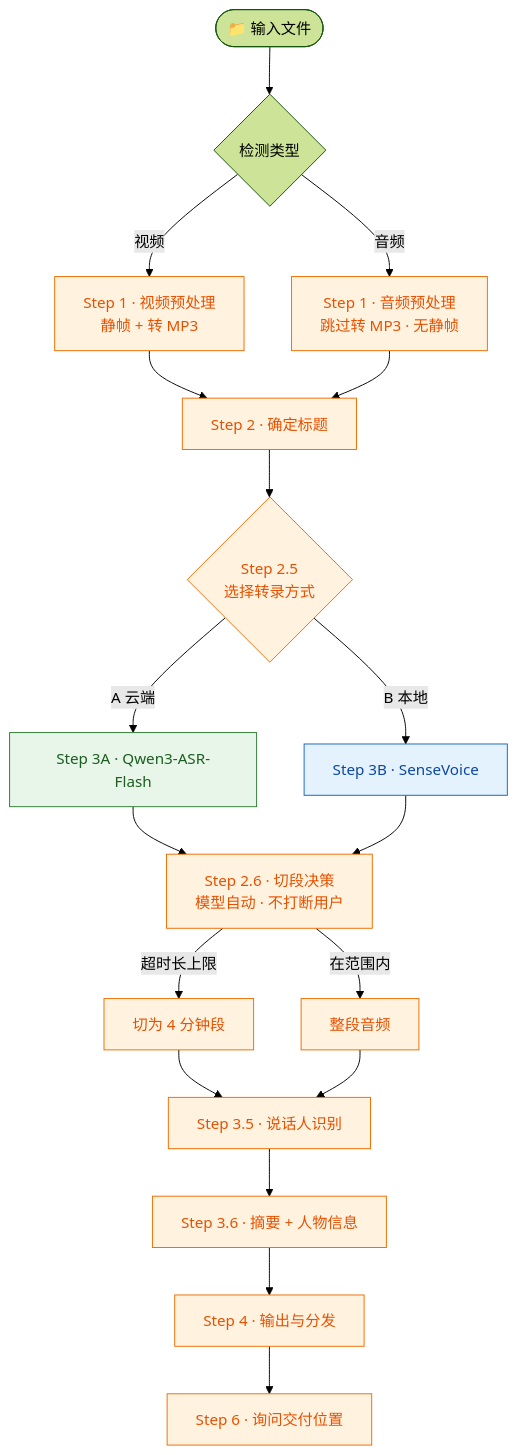
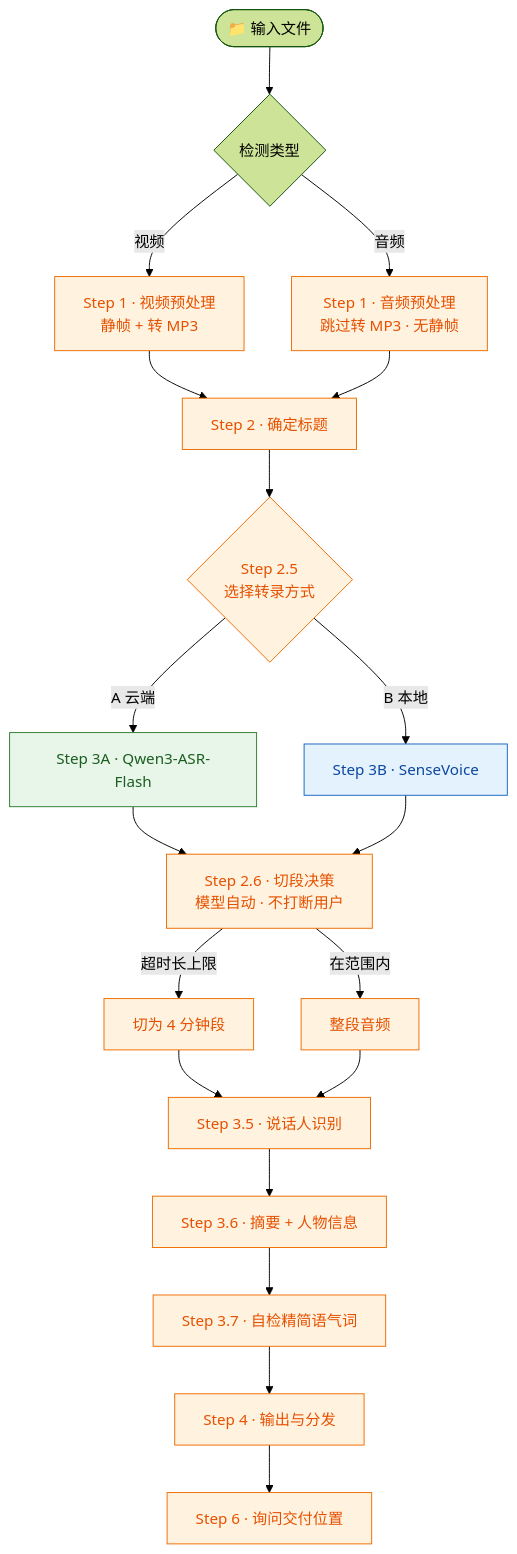
One commit to torylyj/interview-transcriber changed the diagram in README.md. Above: the diagram before and after it, drawn with Mermaid (forest theme). The commit also changed other lines of this file and 1 other file, not shown here.

Commit message:
feat: 新增 Step 3.7 自检精简口语语气词
- 文档生成后 Agent 自行通读采访记录，适度删除语气词/填充词（嗯啊那个就是然后堆叠等）
- 严格原则：稍微减少一点、只删明显冗余、不改句子结构/用词/原意、保留时间码与说话人标签、不动摘要与人物信息
- 附可删词表与示例，明确执行方式（读回原文件 + 简要告知用户）
- SKILL.md 描述/概述/注意事项同步；README 工作流图加 Step 3.7 节点 + 功能表 + 使用说明 + 更新日志

````diff
--- a/README.md
+++ b/README.md
@@ -151,29 +152,30 @@
 ```mermaid
 flowchart TD
     IN([📁 输入文件]) --> DET{检测类型}
     DET -->|视频| S1v[Step 1 · 视频预处理<br/>静帧 + 转 MP3]
     DET -->|音频| S1a[Step 1 · 音频预处理<br/>跳过转 MP3 · 无静帧]
     S1v --> S2[Step 2 · 确定标题]
     S1a --> S2
     S2 --> S25{Step 2.5<br/>选择转录方式}
     S25 -->|A 云端| S3A[Step 3A · Qwen3-ASR-Flash]
     S25 -->|B 本地| S3B[Step 3B · SenseVoice]
     S3A --> S26
     S3B --> S26
     S26[Step 2.6 · 切段决策<br/>模型自动 · 不打断用户]
     S26 -->|超时长上限| SEG[切为 4 分钟段]
     S26 -->|在范围内| NSEG[整段音频]
     SEG --> S35
     NSEG --> S35
     S35[Step 3.5 · 说话人识别] --> S36[Step 3.6 · 摘要 + 人物信息]
-    S36 --> S4[Step 4 · 输出与分发]
+    S36 --> S37[Step 3.7 · 自检精简语气词]
+    S37 --> S4[Step 4 · 输出与分发]
     S4 --> S6[Step 6 · 询问交付位置]
 
     classDef cloud fill:#e8f5e9,stroke:#2e7d32,color:#1b5e20;
     classDef local fill:#e3f2fd,stroke:#1565c0,color:#0d47a1;
     classDef main fill:#fff3e0,stroke:#ef6c00,color:#e65100;
     class S3A cloud;
     class S3B local;
-    class S1v,S1a,S2,S25,S26,S35,S36,S4,S6,SEG,NSEG main;
+    class S1v,S1a,S2,S25,S26,S35,S36,S37,S4,S6,SEG,NSEG main;
     linkStyle default stroke-width:1px;
 ```
````
